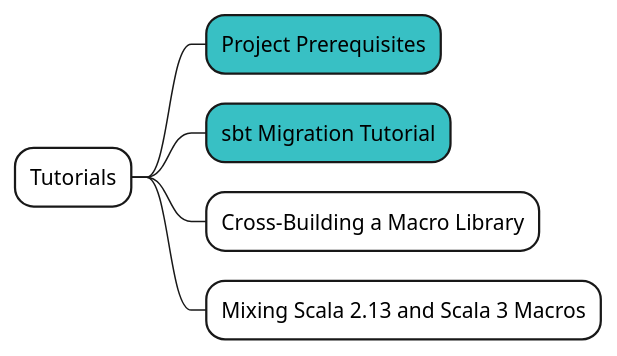
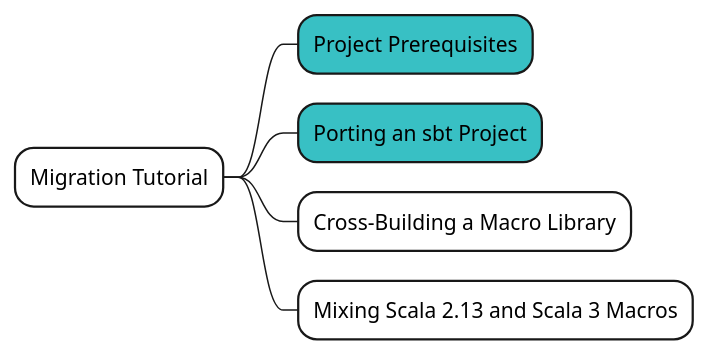
One commit to shinharad/getting-started-with-scala3 changed the fifth of 10 diagrams in docs/step01/04_Migration_guideを俯瞰してみる.md. Above: the diagram before and after it, drawn with PlantUML. The commit also changed other lines of this file and 3 other files, not shown here.

````diff
--- a/docs/step01/04_Migration_guideを俯瞰してみる.md
+++ b/docs/step01/04_Migration_guideを俯瞰してみる.md
@@ -70,9 +83,9 @@
 ```plantuml
 @startmindmap
-*[#fff] Tutorials
+*[#fff] Migration Tutorial
 **[#38c0c4] Project Prerequisites
-**[#38c0c4] sbt Migration Tutorial
+**[#38c0c4] Porting an sbt Project
 **[#fff] Cross-Building a Macro Library
 **[#fff] Mixing Scala 2.13 and Scala 3 Macros
 @endmindmap
 ```
````
